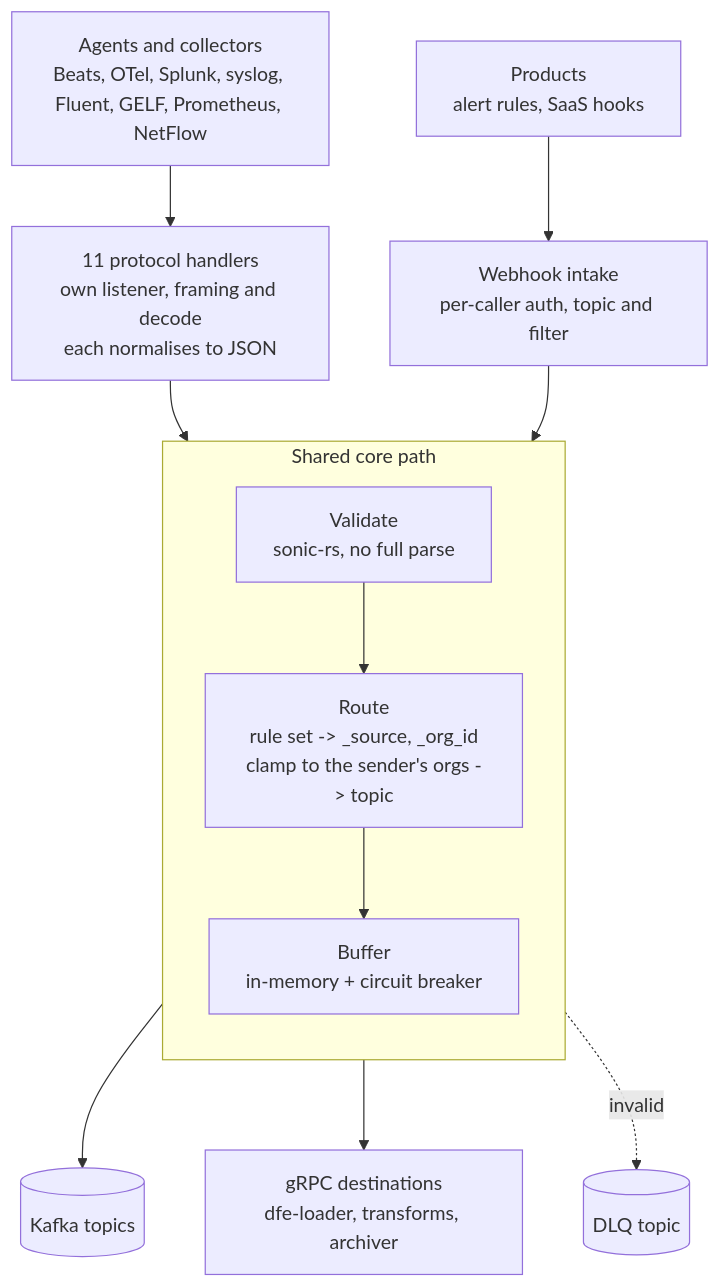
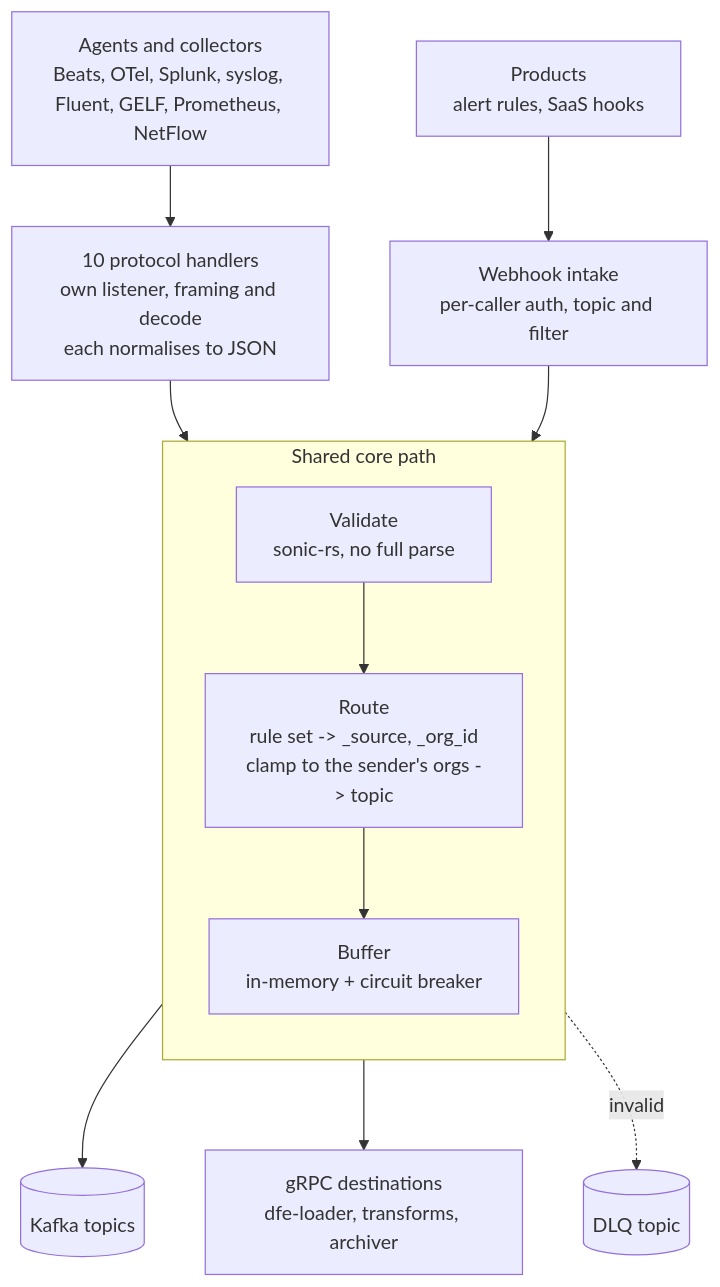
Before and after one commit to hyperi-io/dfe-receiver: the diagram in docs/architecture.md, drawn with Mermaid. The commit also changed other lines of this file and 3 other files, not shown here.

````diff
--- a/docs/architecture.md
+++ b/docs/architecture.md
@@ -42,23 +43,23 @@
 ```mermaid
 flowchart TB
     AG["Agents and collectors<br/>Beats, OTel, Splunk, syslog, Fluent, GELF, Prometheus, NetFlow"]
     PR["Products<br/>alert rules, SaaS hooks"]
 
-    AG --> H["11 protocol handlers<br/>own listener, framing and decode<br/>each normalises to JSON"]
+    AG --> H["10 protocol handlers<br/>own listener, framing and decode<br/>each normalises to JSON"]
     PR --> W["Webhook intake<br/>per-caller auth, topic and filter"]
 
     H --> CORE
     W --> CORE
 
     subgraph CORE["Shared core path"]
         direction TB
         VAL["Validate<br/>sonic-rs, no full parse"]
         RT["Route<br/>rule set -> _source, _org_id<br/>clamp to the sender's orgs -> topic"]
         BUF["Buffer<br/>in-memory + circuit breaker"]
         VAL --> RT --> BUF
     end
 
     BUF --> K[("Kafka topics")]
     BUF --> G["gRPC destinations<br/>dfe-loader, transforms, archiver"]
     BUF -. invalid .-> D[("DLQ topic")]
 ```
````
